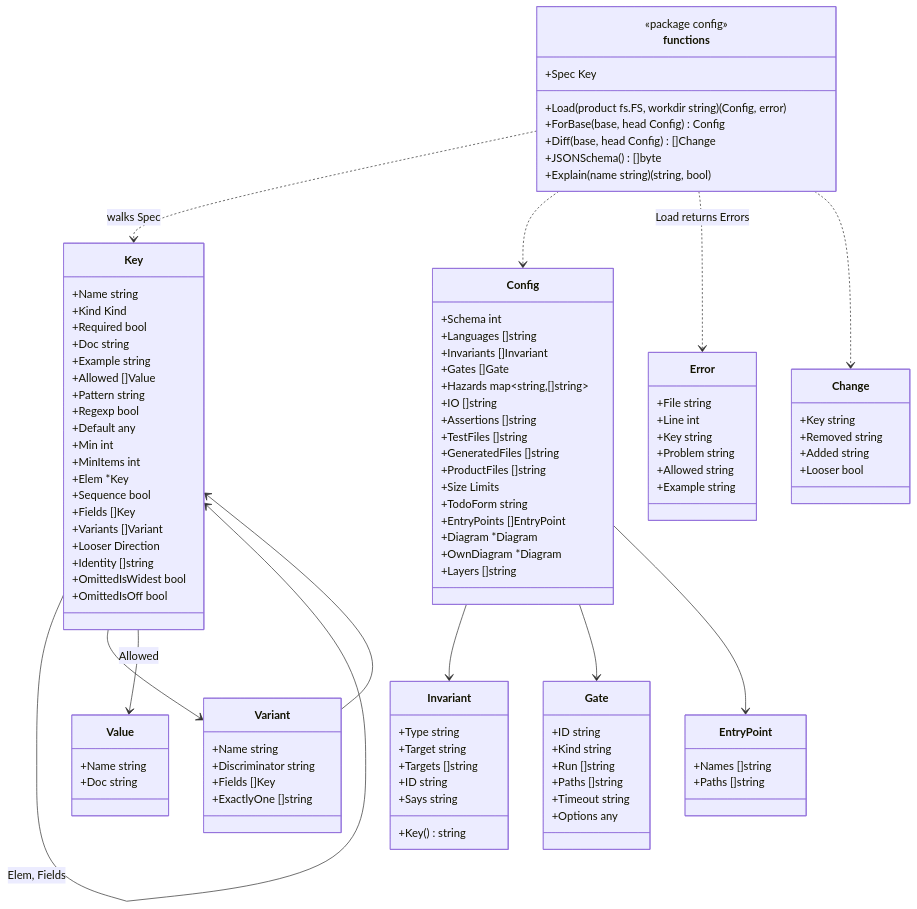
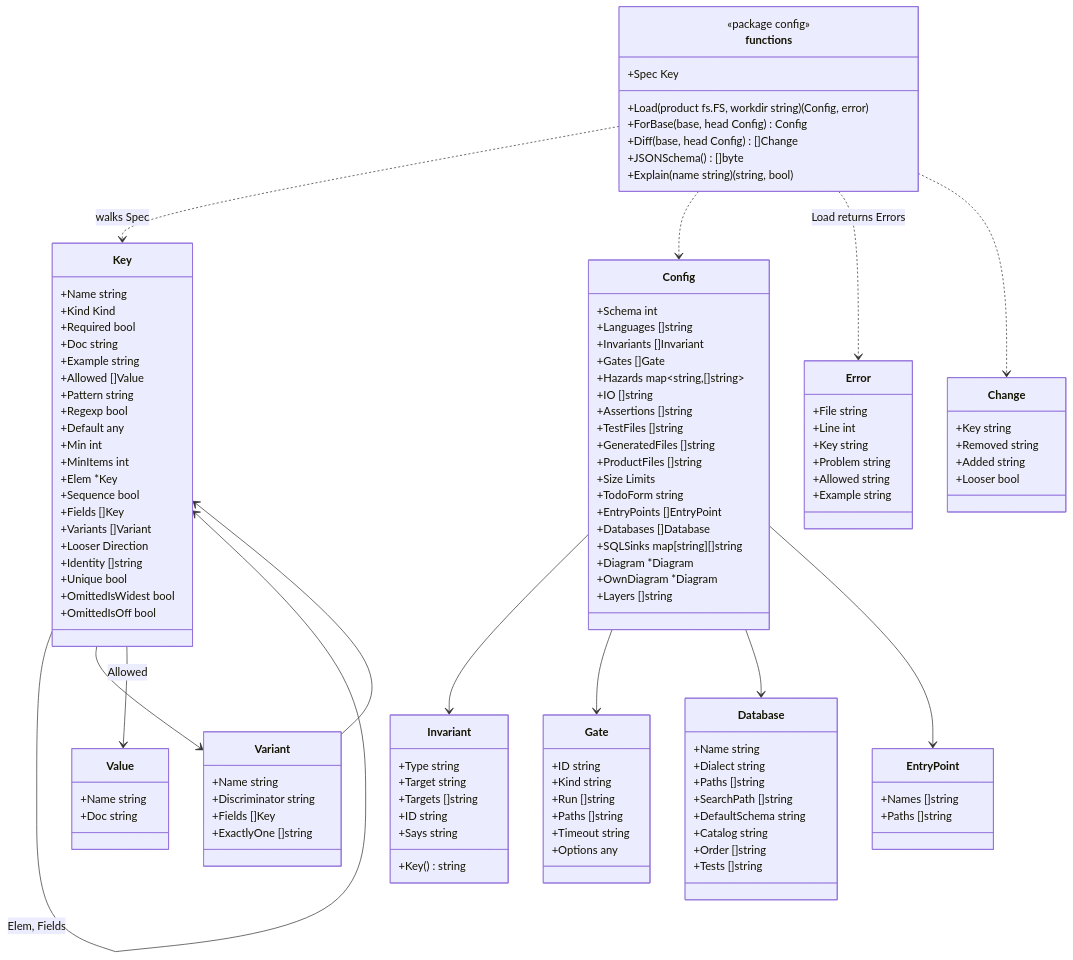
One commit to rerorets/hadome changed the diagram in docs/design/configuration.md. Above: the diagram before and after it, drawn with Mermaid. The commit also changed other lines of this file and 146 other files, not shown here.

```diff
--- a/docs/design/configuration.md
+++ b/docs/design/configuration.md
@@ -167,6 +176,7 @@
     +Variants []Variant
     +Looser Direction
     +Identity []string
+    +Unique bool
     +OmittedIsWidest bool
     +OmittedIsOff bool
   }
@@ -194,6 +204,8 @@
     +Size Limits
     +TodoForm string
     +EntryPoints []EntryPoint
+    +Databases []Database
+    +SQLSinks map[string][]string
     +Diagram *Diagram
     +OwnDiagram *Diagram
     +Layers []string
@@ -209,6 +221,16 @@
   class EntryPoint {
     +Names []string
     +Paths []string
+  }
+  class Database {
+    +Name string
+    +Dialect string
+    +Paths []string
+    +SearchPath []string
+    +DefaultSchema string
+    +Catalog string
+    +Order []string
+    +Tests []string
   }
   class Gate {
     +ID string
@@ -247,6 +269,7 @@
   Variant --> Key
   Config --> Invariant
   Config --> Gate
+  Config --> Database
   Config --> EntryPoint
   functions ..> Key : walks Spec
   functions ..> Config
```
